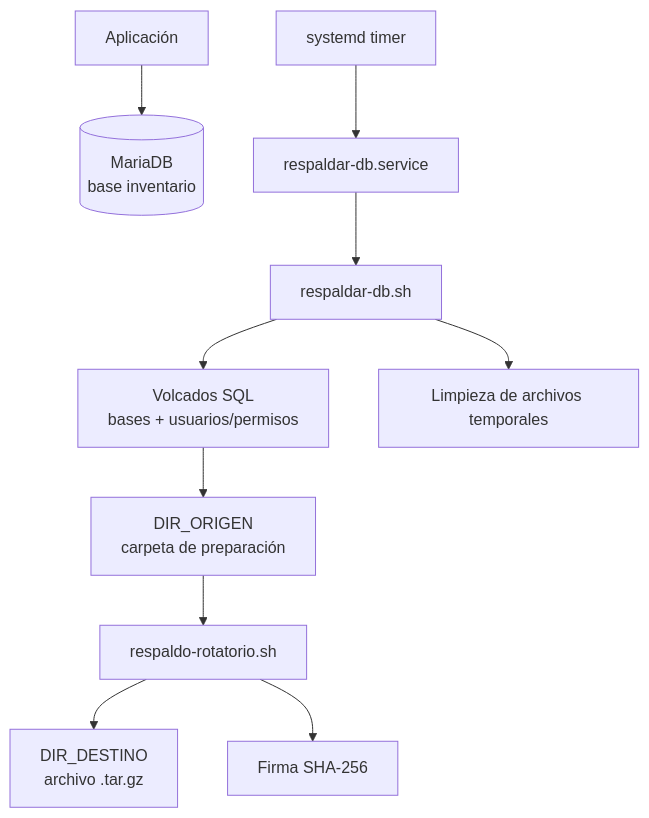
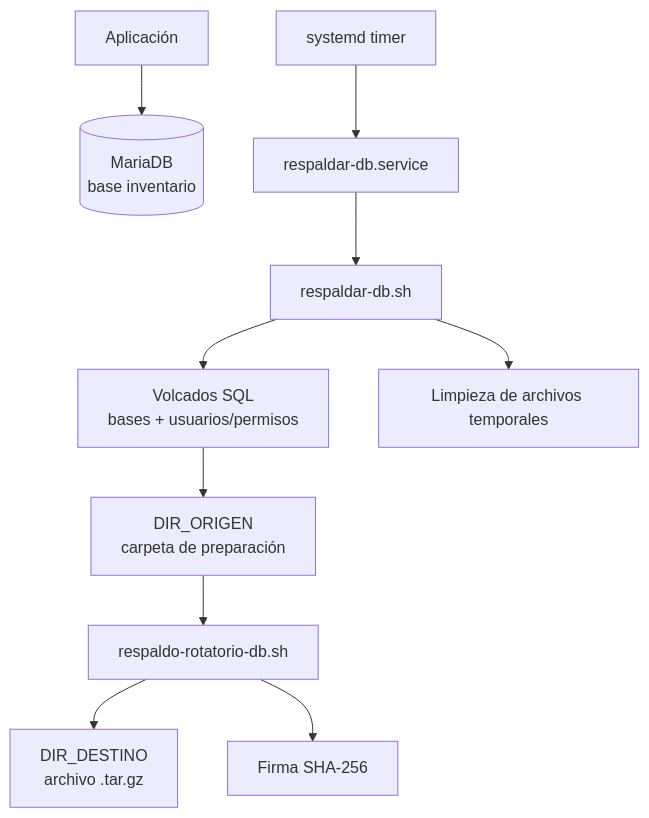
Before and after one commit to marttin1987/servidor-db: the diagram in README.md, drawn with Mermaid. The commit also changed other lines of this file and 4 other files, not shown here.

````diff
--- a/README.md
+++ b/README.md
@@ -13,12 +13,12 @@
 ```mermaid
 flowchart TD
     APP["Aplicación"] --> DB[("MariaDB<br/>base inventario")]
     TIMER["systemd timer"] --> SERVICE["respaldar-db.service"]
     SERVICE --> SCRIPT["respaldar-db.sh"]
     SCRIPT --> DUMP["Volcados SQL<br/>bases + usuarios/permisos"]
     DUMP --> PREP["DIR_ORIGEN<br/>carpeta de preparación"]
-    PREP --> MOTOR["respaldo-rotatorio.sh"]
+    PREP --> MOTOR["respaldo-rotatorio-db.sh"]
     MOTOR --> ARCHIVE["DIR_DESTINO<br/>archivo .tar.gz"]
     MOTOR --> HASH["Firma SHA-256"]
     SCRIPT --> CLEAN["Limpieza de archivos temporales"]
 ```
````
